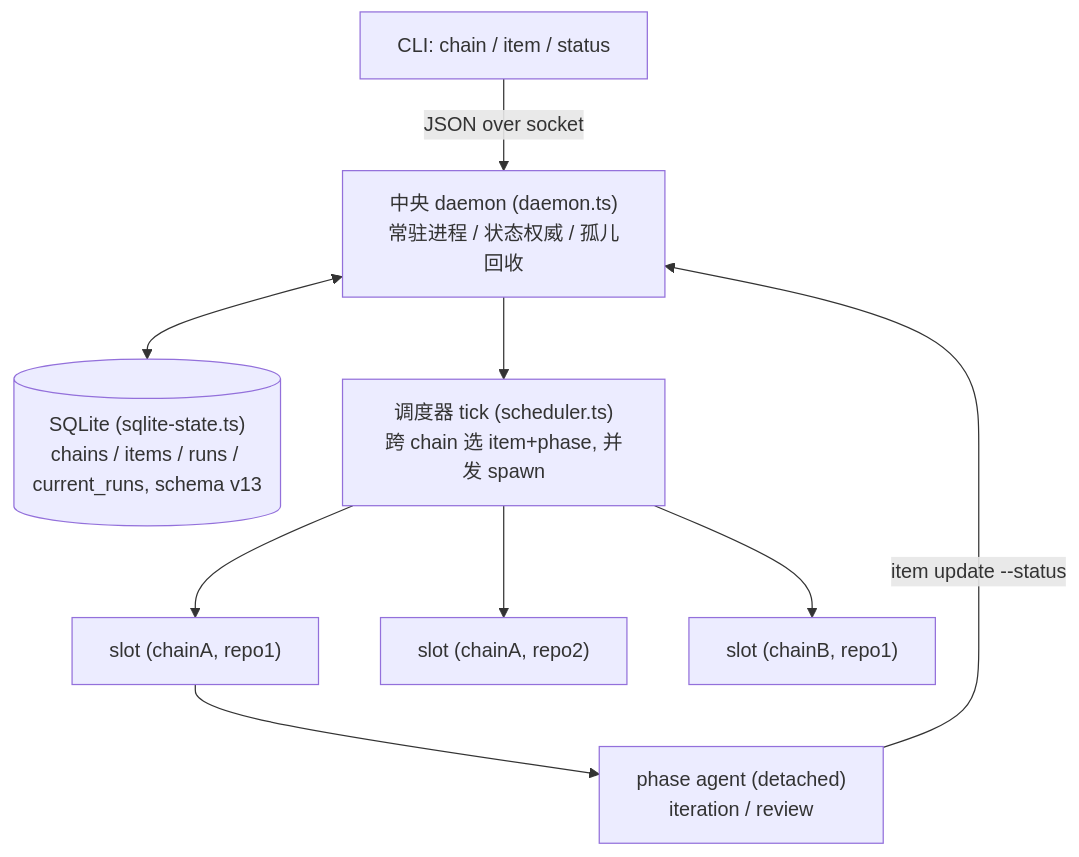
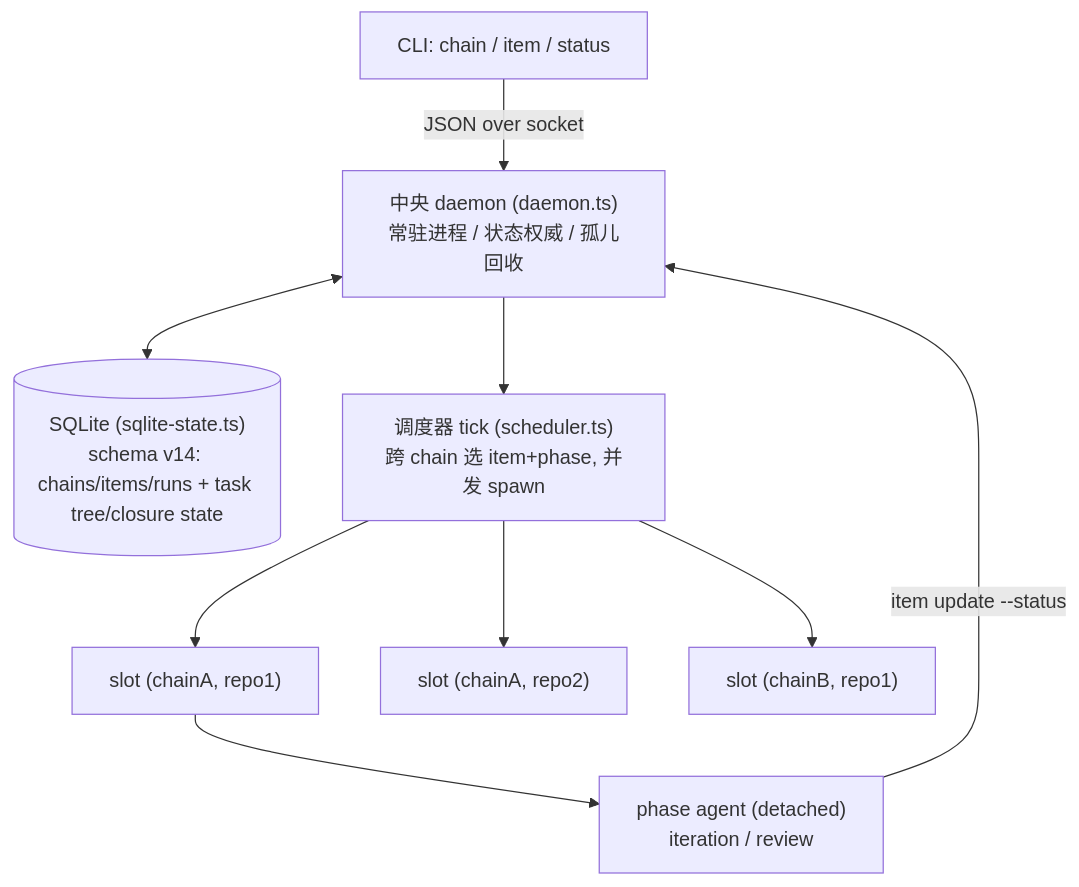
Before and after one commit to mouriya-s-lab/coder-loop: the diagram in docs/architecture-v2.md, drawn with Mermaid. The commit also changed other lines of this file and 5 other files, not shown here.

````diff
--- a/docs/architecture-v2.md
+++ b/docs/architecture-v2.md
@@ -13,11 +13,11 @@
 ```mermaid
 flowchart TD
   cli["CLI: chain / item / status"] -- "JSON over socket" --> daemon["中央 daemon (daemon.ts)<br/>常驻进程 / 状态权威 / 孤儿回收"]
-  daemon <--> db[("SQLite (sqlite-state.ts)<br/>chains / items / runs / current_runs, schema v13")]
+  daemon <--> db[("SQLite (sqlite-state.ts)<br/>schema v14: chains/items/runs + task tree/closure state")]
   daemon --> sched["调度器 tick (scheduler.ts)<br/>跨 chain 选 item+phase, 并发 spawn"]
   sched --> sA["slot (chainA, repo1)"]
   sched --> sB["slot (chainA, repo2)"]
   sched --> sC["slot (chainB, repo1)"]
   sA --> agent["phase agent (detached)<br/>iteration / review"]
   agent -- "item update --status" --> daemon
 ```
````
